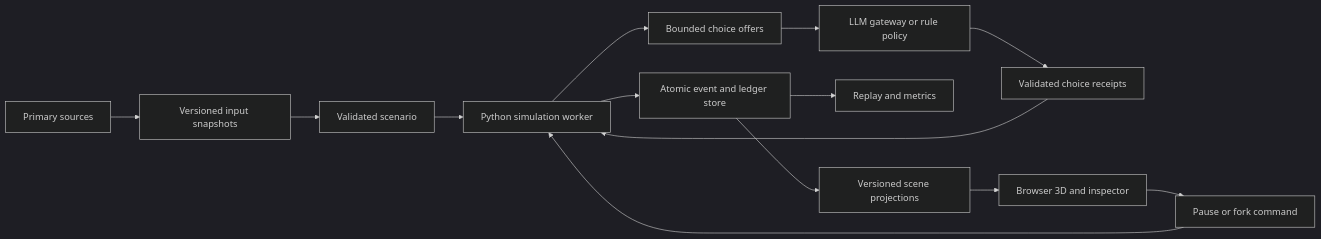
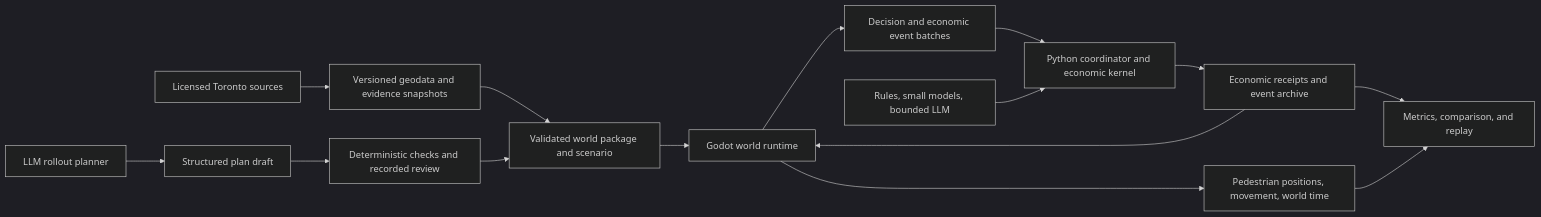
Before and after one commit to MisplacedOrange/thesims-6ix: the diagram in docs/architecture.md, drawn with Mermaid (dark theme). The commit also changed other lines of this file and 14 other files, not shown here.

First line of the commit message:
Reframe product around Toronto 3D simulation

````diff
--- a/docs/architecture.md
+++ b/docs/architecture.md
@@ -31,16 +28,17 @@
 ```mermaid
 flowchart LR
-    A[Primary sources] --> B[Versioned input snapshots]
-    B --> C[Validated scenario]
-    C --> D[Python simulation worker]
-    D --> E[Atomic event and ledger store]
-    D --> F[Bounded choice offers]
-    F --> G[LLM gateway or rule policy]
-    G --> H[Validated choice receipts]
-    H --> D
-    E --> I[Replay and metrics]
-    E --> J[Versioned scene projections]
-    J --> K[Browser 3D and inspector]
-    K --> L[Pause or fork command]
+    A[Licensed Toronto sources] --> B[Versioned geodata and evidence snapshots]
+    B --> C[Validated world package and scenario]
+    C --> D[Godot world runtime]
+    D --> E[Pedestrian positions, movement, world time]
+    D --> F[Decision and economic event batches]
+    F --> G[Python coordinator and economic kernel]
+    H[Rules, small models, bounded LLM] --> G
+    I[LLM rollout planner] --> J[Structured plan draft]
+    J --> K[Deterministic checks and recorded review]
+    K --> C
+    G --> L[Economic receipts and event archive]
     L --> D
+    L --> M[Metrics, comparison, and replay]
+    E --> M
 ```
````
